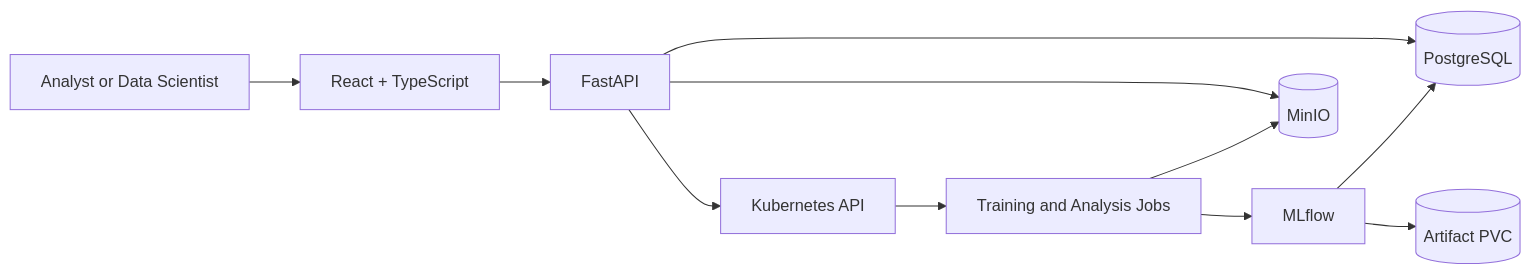
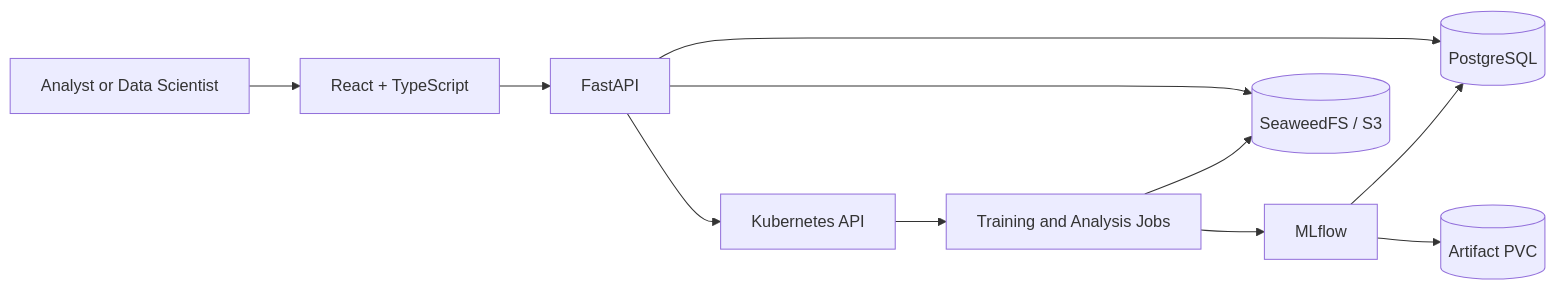
One commit to CharlesMaponya/sceptreAI changed the diagram in README.md. Above: the diagram before and after it, drawn with Mermaid. The commit also changed other lines of this file and 44 other files, not shown here.

First line of the commit message:
Refactor Sceptre Helm Chart to Replace MinIO with SeaweedFS

````diff
--- a/README.md
+++ b/README.md
@@ -152,13 +152,13 @@
 ```mermaid
 flowchart LR
     User[Analyst or Data Scientist] --> UI[React + TypeScript]
     UI --> API[FastAPI]
     API --> PG[(PostgreSQL)]
-    API --> MINIO[(MinIO)]
+    API --> OBJECTS[(SeaweedFS / S3)]
     API --> K8S[Kubernetes API]
     K8S --> JOBS[Training and Analysis Jobs]
-    JOBS --> MINIO
+    JOBS --> OBJECTS
     JOBS --> MLFLOW[MLflow]
     MLFLOW --> PG
     MLFLOW --> PVC[(Artifact PVC)]
 ```
````
